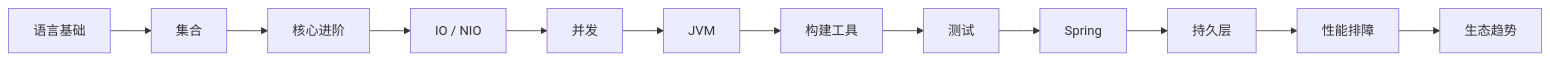
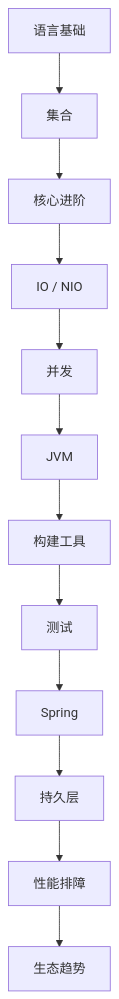
The diagram in topics/java/README.md (huangyongliang/tech-notes), drawn with Mermaid before and after one commit. The commit also changed 12 other files, not shown here.

````diff
--- a/topics/java/README.md
+++ b/topics/java/README.md
@@ -9,7 +9,7 @@
 ```mermaid
-flowchart LR
+flowchart TD
   A[语言基础] --> B[集合] --> C[核心进阶] --> D[IO / NIO]
   D --> E[并发] --> F[JVM]
   F --> G[构建工具] --> H[测试] --> I[Spring]
   I --> J[持久层] --> K[性能排障] --> L[生态趋势]
 ```
````
